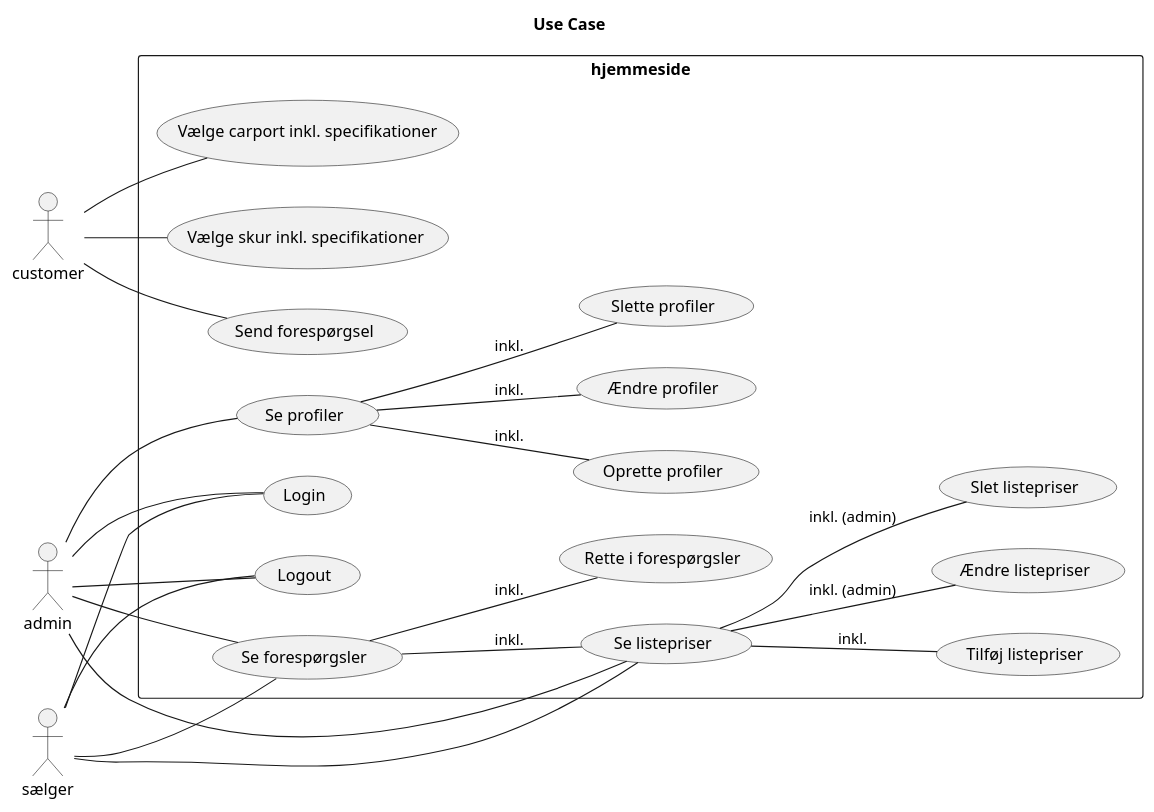
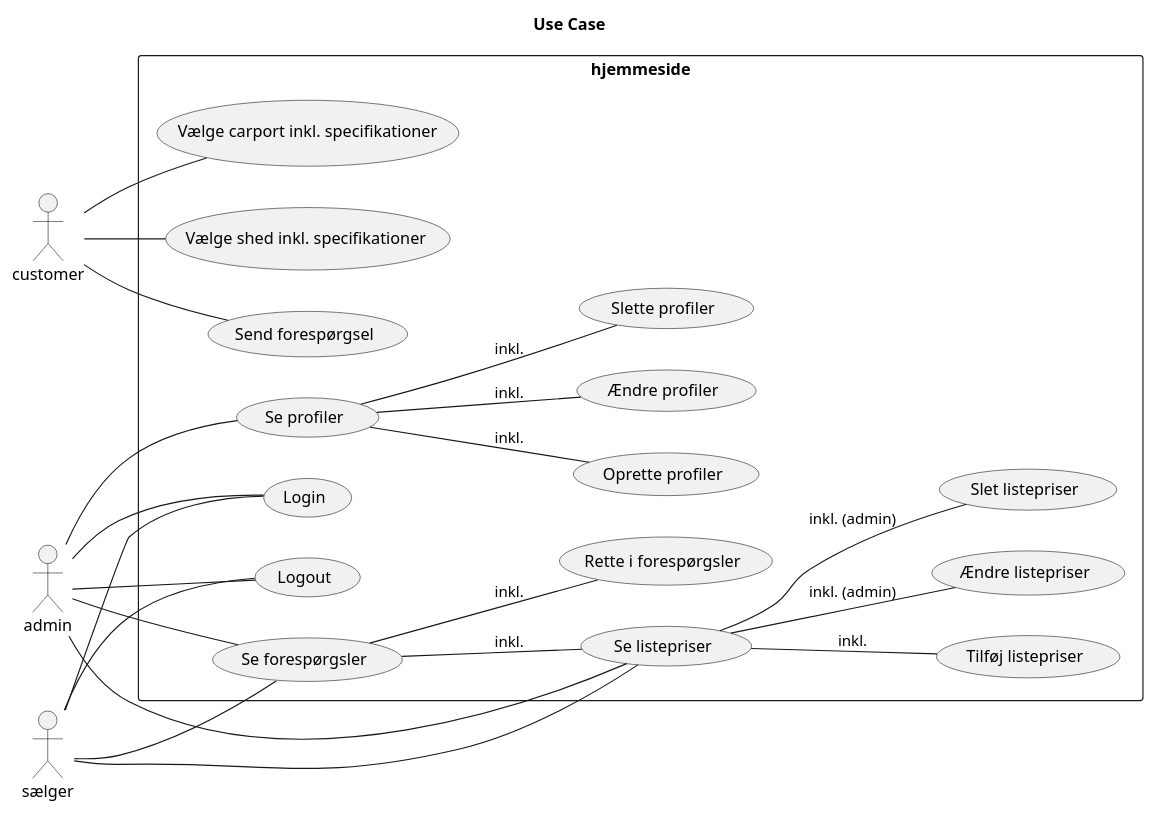
The diagram in Documentation/UML/CupCake_User_Case.puml (codergram/Fog), drawn with PlantUML before and after one commit. The commit also changed 27 other files, not shown here.

```diff
--- a/Documentation/UML/CupCake_User_Case.puml
+++ b/Documentation/UML/CupCake_User_Case.puml
@@ -1,37 +1,37 @@
 @startuml
 Title Use Case
 left to right direction
 
 actor customer
 actor sælger
 actor admin
 
 rectangle hjemmeside {
     customer -- (Vælge carport inkl. specifikationer)
-    customer -- (Vælge skur inkl. specifikationer)
+    customer -- (Vælge shed inkl. specifikationer)
     customer -- (Send forespørgsel)
 
 
     sælger -- (Login)
     sælger -- (Logout)
     sælger -- (Se forespørgsler)
     (Se forespørgsler) -- (Rette i forespørgsler) : inkl.
     (Se forespørgsler) -- (Se listepriser) : inkl.
     sælger -- (Se listepriser)
 
 
 
     admin -- (Login)
     admin -- (Logout)
     admin -- (Se profiler)
     (Se profiler) -- (Oprette profiler) : inkl.
     (Se profiler) -- (Ændre profiler) : inkl.
     (Se profiler) -- (Slette profiler) : inkl.
     admin -- (Se forespørgsler)
     admin -- (Se listepriser)
     (Se listepriser) -- (Tilføj listepriser) : inkl.
     (Se listepriser) -- (Ændre listepriser) : inkl. (admin)
     (Se listepriser) -- (Slet listepriser) : inkl. (admin)
 }
 
 @enduml
```
